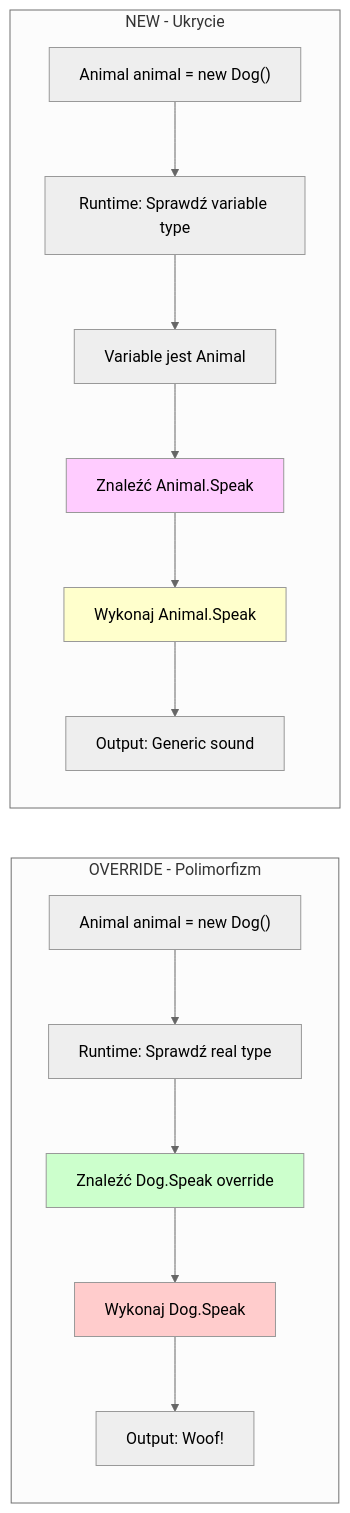
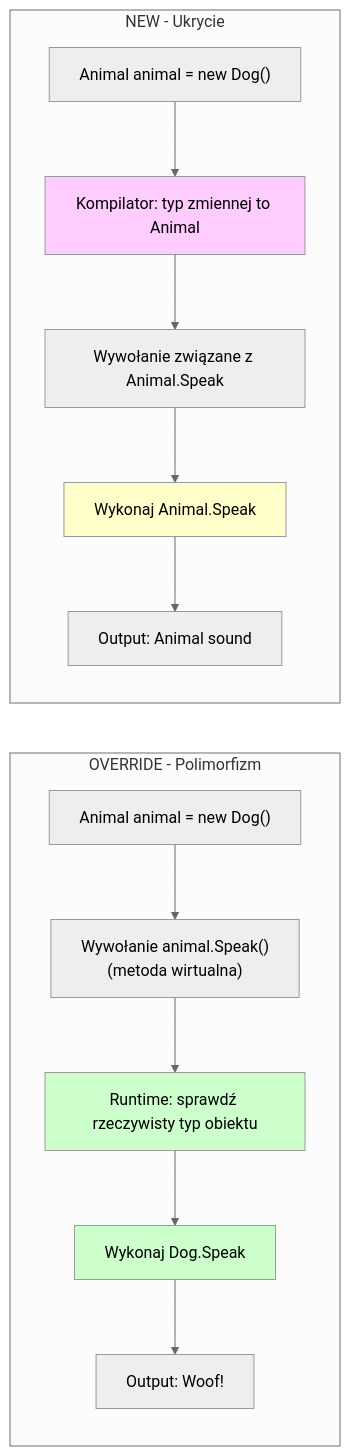
One commit to tborzyszkowski/csharp-programming changed the diagram in src/06-polimorfizm/_03_virtual_vs_new/README.md. Above: the diagram before and after it, drawn with Mermaid (neutral theme). The commit also changed other lines of this file and 12 other files, not shown here.

````diff
--- a/src/06-polimorfizm/_03_virtual_vs_new/README.md
+++ b/src/06-polimorfizm/_03_virtual_vs_new/README.md
@@ -95,28 +95,27 @@
 ```mermaid
 graph LR
     subgraph "OVERRIDE - Polimorfizm"
         A["Animal animal = new Dog()"]
-        B["Runtime: Sprawdź real type"]
-        C["Znaleźć Dog.Speak override"]
+        B["Wywołanie animal.Speak()<br/>(metoda wirtualna)"]
+        C["Runtime: sprawdź rzeczywisty typ obiektu"]
         D["Wykonaj Dog.Speak"]
         E["Output: Woof!"]
         
         A --> B --> C --> D --> E
     end
     
     subgraph "NEW - Ukrycie"
         F["Animal animal = new Dog()"]
-        G["Runtime: Sprawdź variable type"]
-        H["Variable jest Animal"]
-        I["Znaleźć Animal.Speak"]
-        J["Wykonaj Animal.Speak"]
-        K["Output: Generic sound"]
+        G["Kompilator: typ zmiennej to Animal"]
+        H["Wywołanie związane z Animal.Speak"]
+        I["Wykonaj Animal.Speak"]
+        J["Output: Animal sound"]
         
-        F --> G --> H --> I --> J --> K
+        F --> G --> H --> I --> J
     end
     
     style C fill:#ccffcc
-    style D fill:#ffcccc
-    style I fill:#ffccff
-    style J fill:#ffffcc
+    style D fill:#ccffcc
+    style G fill:#ffccff
+    style I fill:#ffffcc
 ```
````
